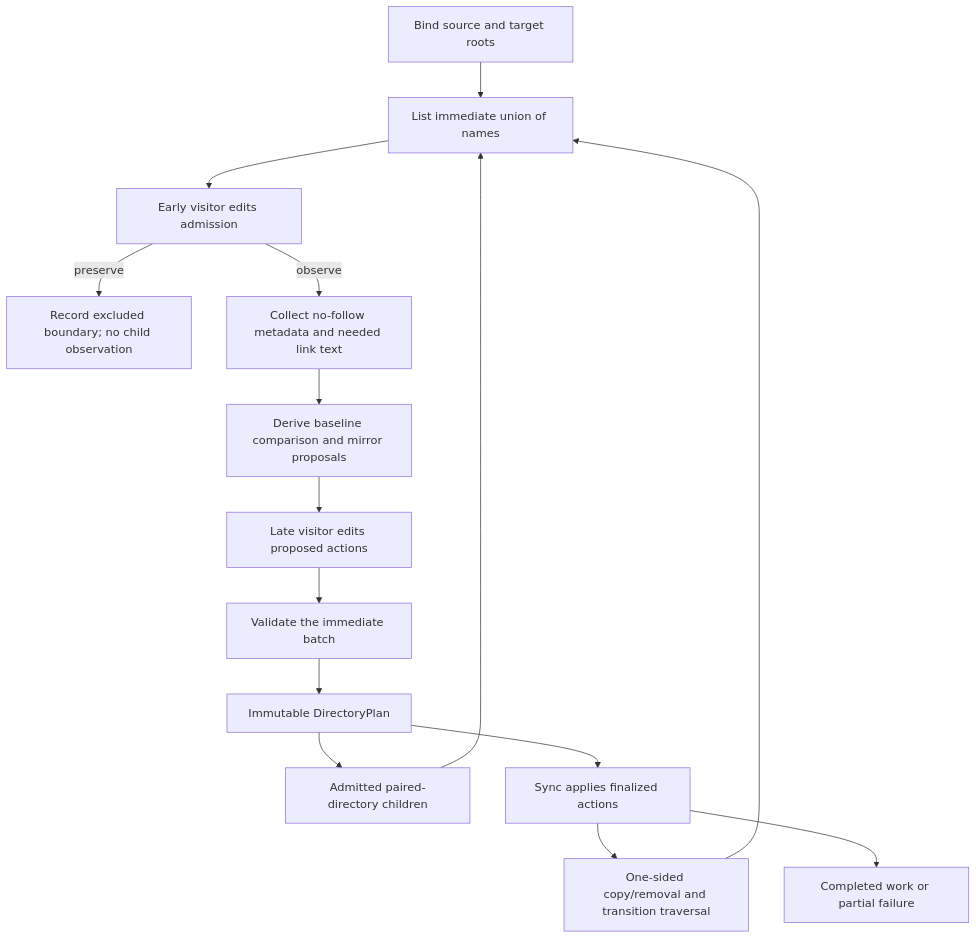
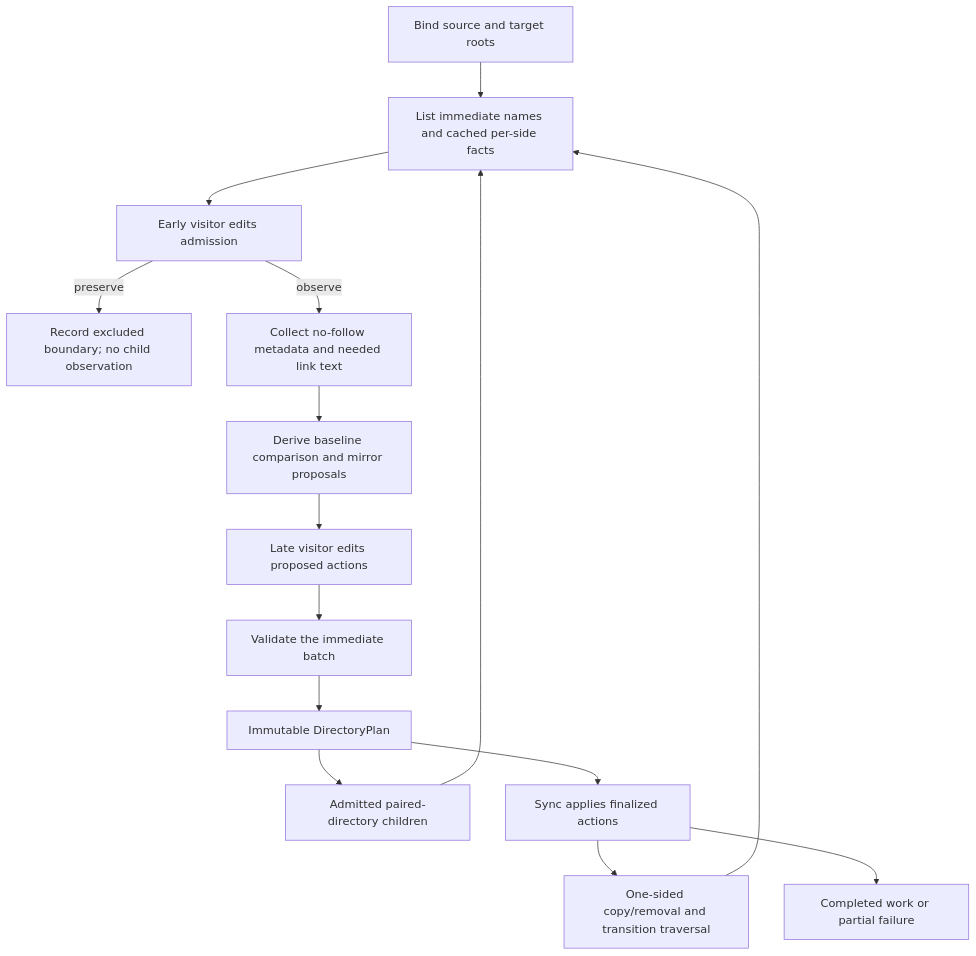
One commit to rektide/diff-dirs changed the diagram in design/execution/flow0.gpt6a.md. Above: the diagram before and after it, drawn with Mermaid. The commit also changed other lines of this file and 4 other files, not shown here.

````diff
--- a/design/execution/flow0.gpt6a.md
+++ b/design/execution/flow0.gpt6a.md
@@ -68,17 +80,17 @@
 ```mermaid
 flowchart TD
-    bind_roots[Bind source and target roots] --> list_union[List immediate union of names]
+    bind_roots[Bind source and target roots] --> list_union[List immediate names and cached per-side facts]
     list_union --> early_visit[Early visitor edits admission]
     early_visit -->|preserve| skipped_boundary[Record excluded boundary; no child observation]
     early_visit -->|observe| collect_facts[Collect no-follow metadata and needed link text]
     collect_facts --> propose_actions[Derive baseline comparison and mirror proposals]
     propose_actions --> late_visit[Late visitor edits proposed actions]
     late_visit --> validate_batch[Validate the immediate batch]
     validate_batch --> finalized_plan[Immutable DirectoryPlan]
     finalized_plan --> matched_descent[Admitted paired-directory children]
     finalized_plan --> apply_actions[Sync applies finalized actions]
     matched_descent --> list_union
     apply_actions --> recursive_sides[One-sided copy/removal and transition traversal]
     recursive_sides --> list_union
     apply_actions --> completed_work[Completed work or partial failure]
 ```
````
